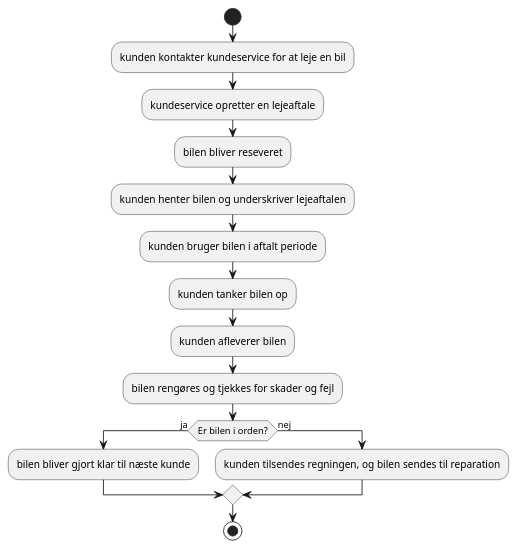
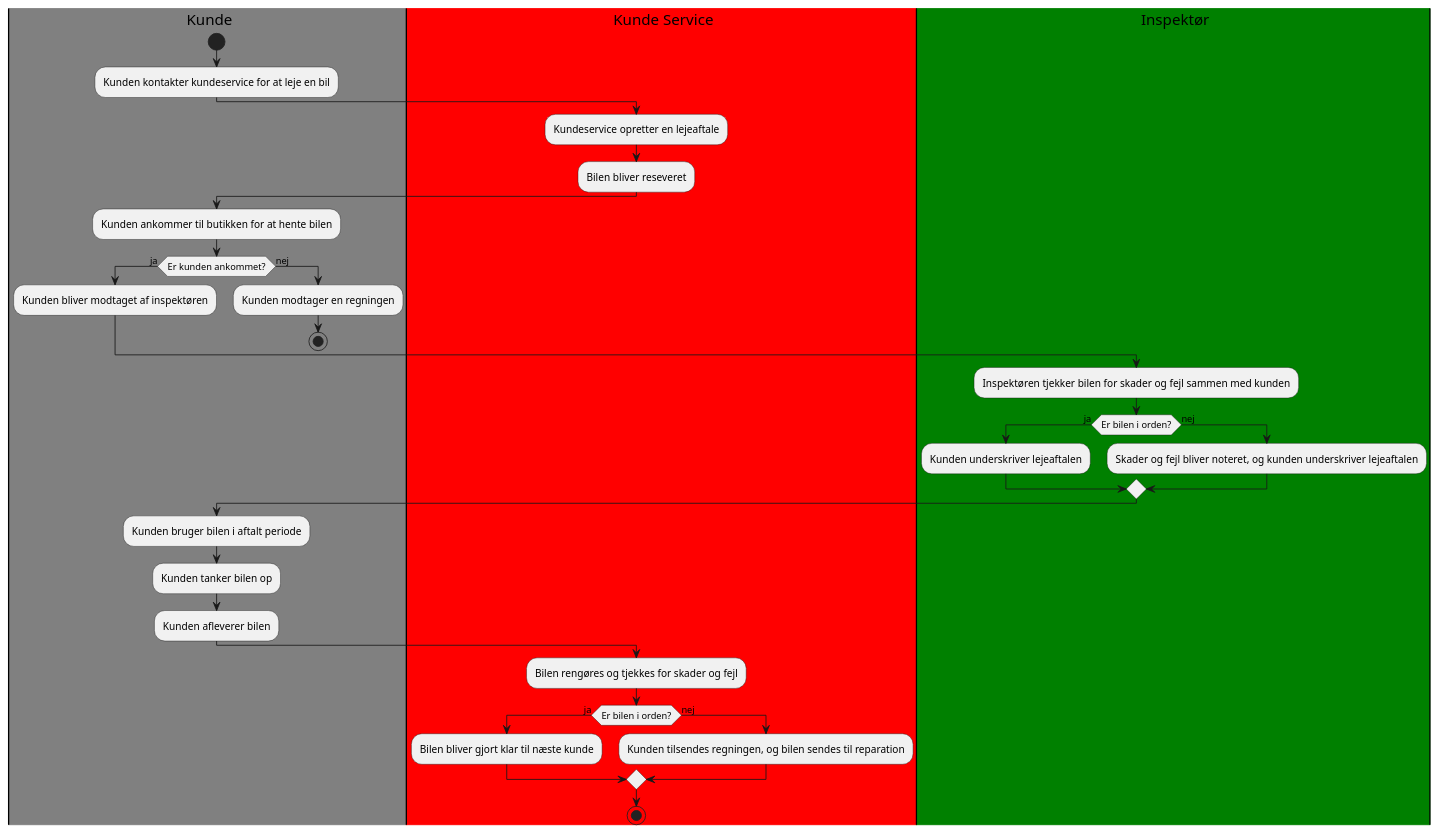
One commit to FilipMeldal/Team1A changed the diagram in Systemudvikling 2. sem/Opgaver/Hurtig biludlejning - BPMN.plantuml. Above: the diagram before and after it, drawn with PlantUML.

Commit message:
Update Hurtig biludlejning - BPMN.plantuml

```diff
--- a/Systemudvikling 2. sem/Opgaver/Hurtig biludlejning - BPMN.plantuml
+++ b/Systemudvikling 2. sem/Opgaver/Hurtig biludlejning - BPMN.plantuml
@@ -1,20 +1,47 @@
 @startuml
+
+|#Gray|k| Kunde
+|#Red|ks| Kunde Service
+|#Green|i| Inspektør
+
+|k|
 start
+:Kunden kontakter kundeservice for at leje en bil;
 
-:kunden kontakter kundeservice for at leje en bil;
-:kundeservice opretter en lejeaftale;
-:bilen bliver reseveret;
-:kunden henter bilen og underskriver lejeaftalen;
-:kunden bruger bilen i aftalt periode;
-:kunden tanker bilen op;
-:kunden afleverer bilen;
-:bilen rengøres og tjekkes for skader og fejl;
+|ks|
+:Kundeservice opretter en lejeaftale;
+:Bilen bliver reseveret;
+
+|k|
+:Kunden ankommer til butikken for at hente bilen;
+if (Er kunden ankommet?) then (ja)
+    :Kunden bliver modtaget af inspektøren;
+else (nej)
+    :Kunden modtager en regningen;
+    stop
+end if
+
+|i|
+:Inspektøren tjekker bilen for skader og fejl sammen med kunden;
+if (Er bilen i orden?) then (ja)
+    :Kunden underskriver lejeaftalen;
+else (nej)
+    :Skader og fejl bliver noteret, og kunden underskriver lejeaftalen;
+end if
+
+|k|
+:Kunden bruger bilen i aftalt periode;
+:Kunden tanker bilen op;
+:Kunden afleverer bilen;
+
+|ks|
+:Bilen rengøres og tjekkes for skader og fejl;
 
 if (Er bilen i orden?) then (ja)
-    :bilen bliver gjort klar til næste kunde;
+    :Bilen bliver gjort klar til næste kunde;
 else (nej)
-    :kunden tilsendes regningen, og bilen sendes til reparation;
+    :Kunden tilsendes regningen, og bilen sendes til reparation;
 end if
 
 stop
 @enduml
```
